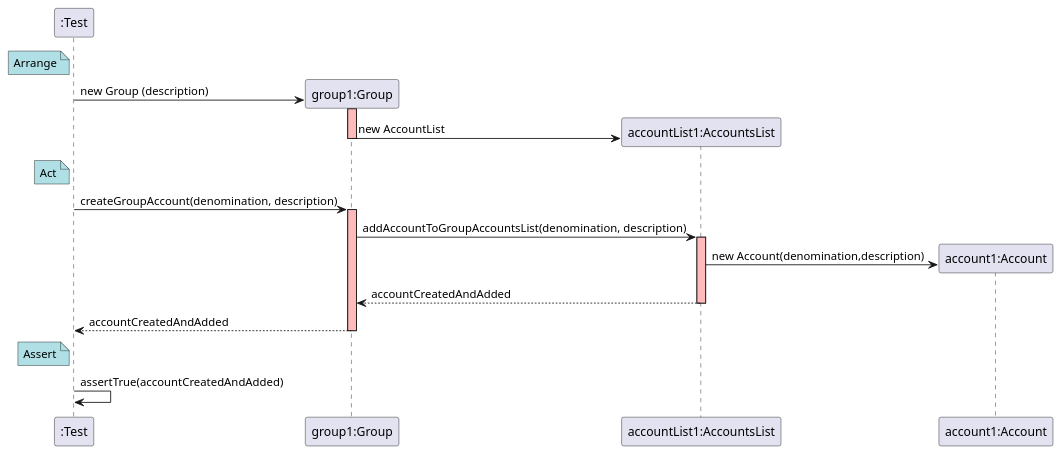
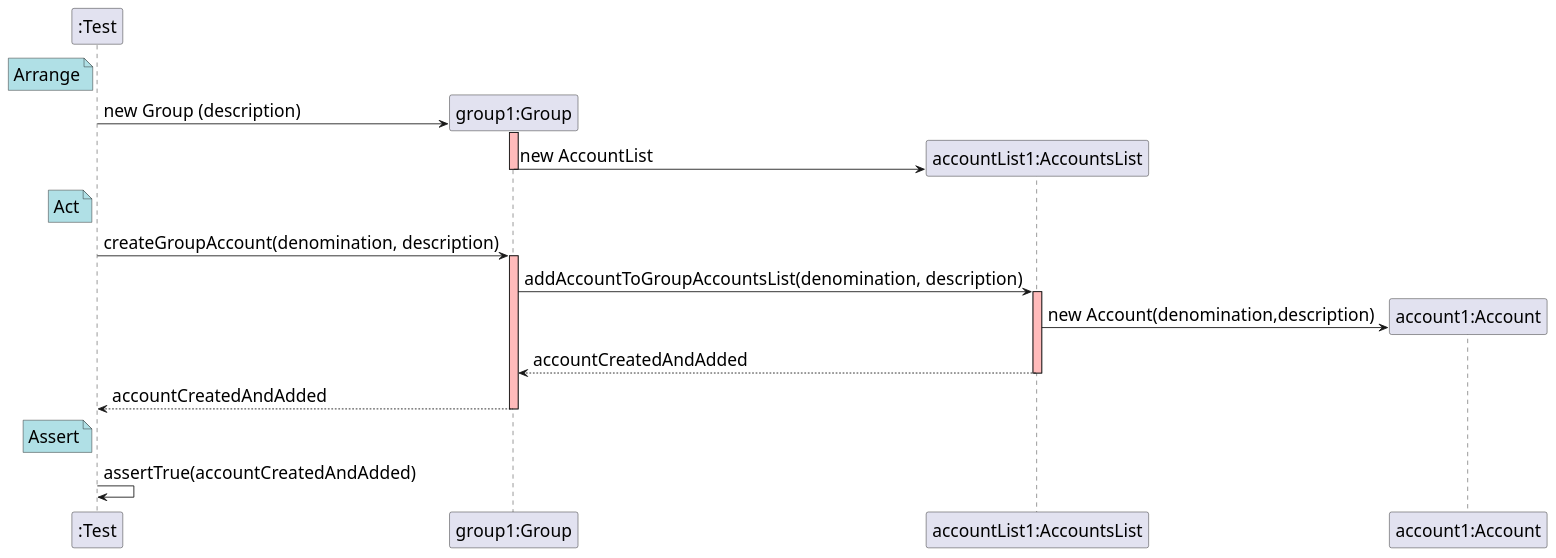
The diagram in docs/SequenceDiagram - US007.puml (mleitaoribeiro/DevOpsMaven), drawn with PlantUML before and after one commit. The commit also changed 6 other files, not shown here.

Commit message:
fix #548 updated sequence diagram letter size

```diff
--- a/docs/SequenceDiagram - US007.puml
+++ b/docs/SequenceDiagram - US007.puml
@@ -1,42 +1,42 @@
 @startuml
-
+skinparam DefaultFontSize 20
 create ":Test"
 
 note left of ":Test" #powderblue
 	Arrange
 end note
 
 create "group1:Group"
 ":Test" -> "group1:Group" : new Group (description)
 activate "group1:Group" #FFBBBB
 
 create "accountList1:AccountsList"
 "group1:Group" -> "accountList1:AccountsList" : new AccountList
 deactivate "group1:Group" #FFBBBB
 
 note left of ":Test" #powderblue
 	Act
 end note
 
 ":Test" -> "group1:Group" : createGroupAccount(denomination, description)
 activate "group1:Group" #FFBBBB
 
 "group1:Group" -> "accountList1:AccountsList" : addAccountToGroupAccountsList(denomination, description)
 activate "accountList1:AccountsList" #FFBBBB
 
 create "account1:Account"
 "accountList1:AccountsList" -> "account1:Account" : new Account(denomination,description)
 
 "accountList1:AccountsList" --> "group1:Group" : accountCreatedAndAdded
 deactivate "accountList1:AccountsList" #FFBBBB
 
 "group1:Group" --> ":Test" : accountCreatedAndAdded
 deactivate "group1:Group" #FFBBBB
 
 note left of ":Test" #powderblue
 	Assert
 end note
 
 ":Test" -> ":Test" : assertTrue(accountCreatedAndAdded)
 
 @enduml
```
